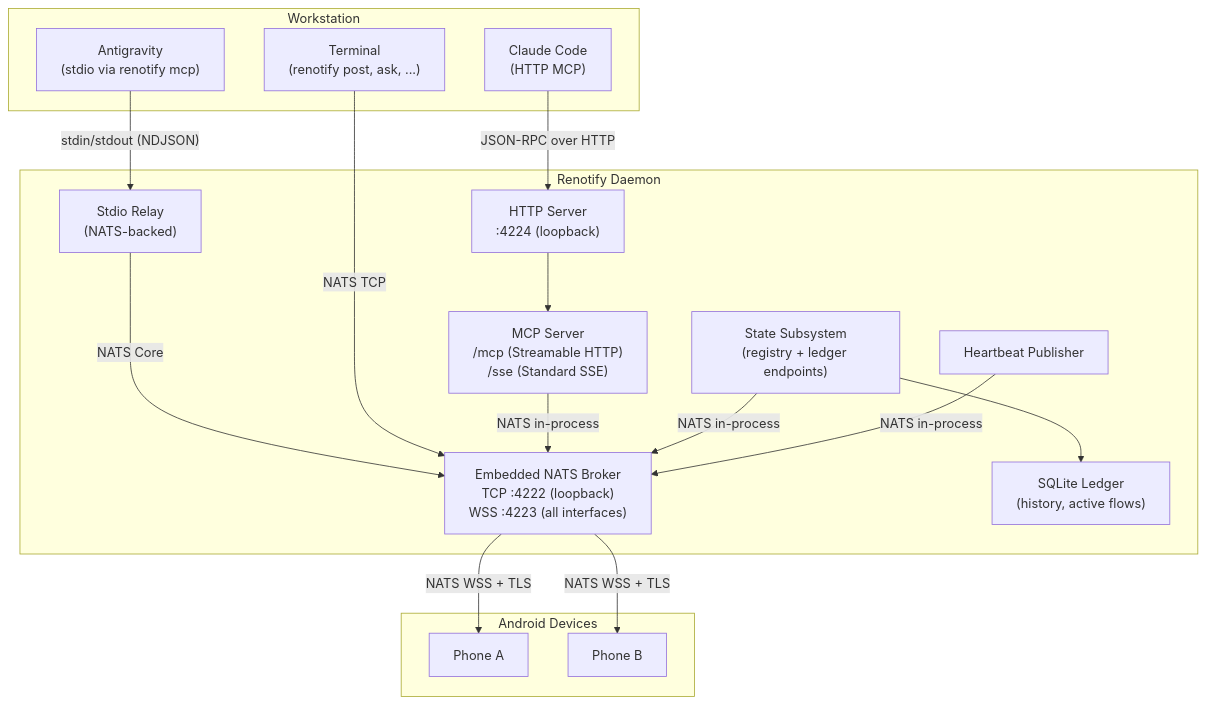
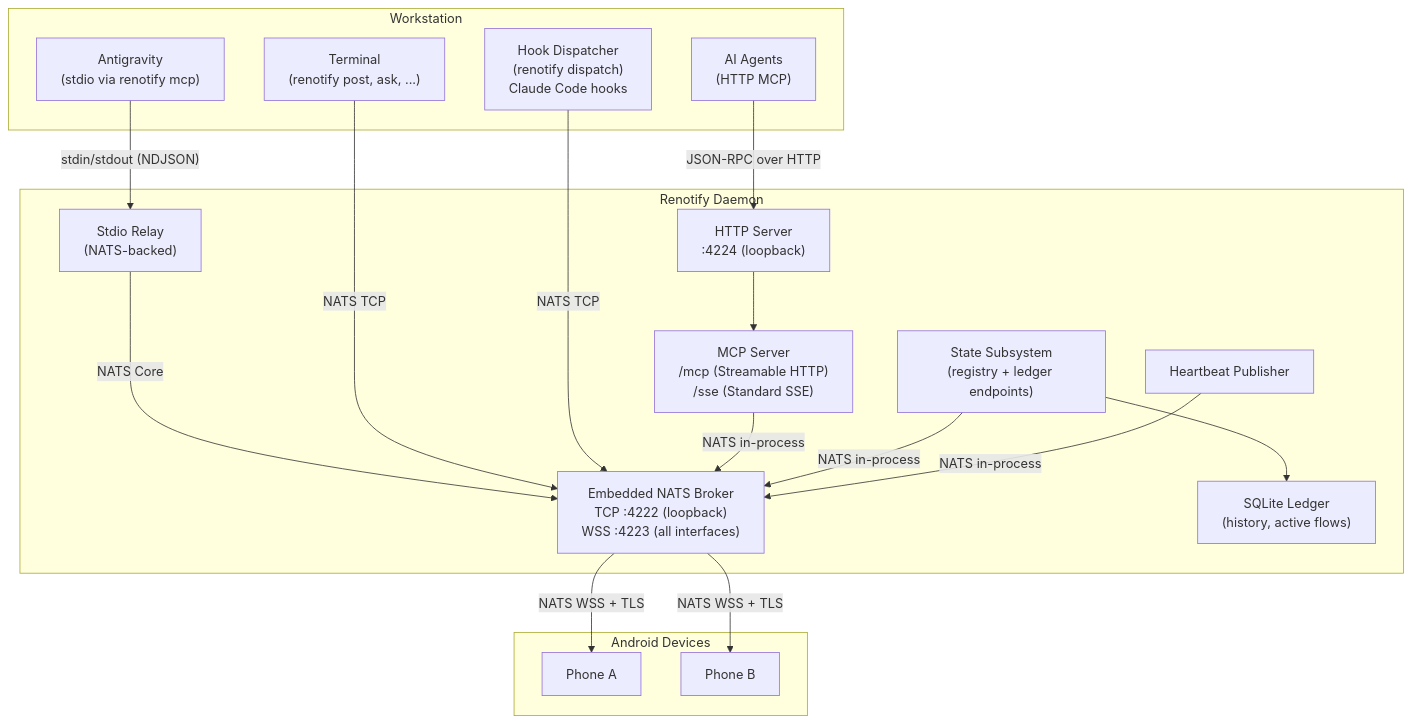
One commit to resystems-io/renotify changed the first of 6 diagrams in docs/renotify-architecture.md. Above: the diagram before and after it, drawn with Mermaid. The commit also changed other lines of this file, not shown here.

First line of the commit message:
docs: add hook dispatcher to architecture diagrams and flows

````diff
--- a/docs/renotify-architecture.md
+++ b/docs/renotify-architecture.md
@@ -88,35 +98,37 @@
 ```mermaid
 graph TB
     subgraph Workstation
-        CC["Claude Code<br/>(HTTP MCP)"]
+        AI["AI Agents<br/>(HTTP MCP)"]
         AG["Antigravity<br/>(stdio via renotify mcp)"]
         Term["Terminal<br/>(renotify post, ask, ...)"]
+        Hook["Hook Dispatcher<br/>(renotify dispatch)<br/>Claude Code hooks"]
     end
 
     subgraph Daemon["Renotify Daemon"]
         HTTP["HTTP Server<br/>:4224 (loopback)"]
         MCP["MCP Server<br/>/mcp (Streamable HTTP)<br/>/sse (Standard SSE)"]
         Stdio["Stdio Relay<br/>(NATS-backed)"]
         Broker["Embedded NATS Broker<br/>TCP :4222 (loopback)<br/>WSS :4223 (all interfaces)"]
         State["State Subsystem<br/>(registry + ledger endpoints)"]
         Ledger["SQLite Ledger<br/>(history, active flows)"]
         HB["Heartbeat Publisher"]
     end
 
     subgraph Mobile["Android Devices"]
         Phone1["Phone A"]
         Phone2["Phone B"]
     end
 
-    CC -->|"JSON-RPC over HTTP"| HTTP
+    AI -->|"JSON-RPC over HTTP"| HTTP
     HTTP --> MCP
     AG -->|"stdin/stdout (NDJSON)"| Stdio
     Stdio -->|"NATS Core"| Broker
     Term -->|"NATS TCP"| Broker
+    Hook -->|"NATS TCP"| Broker
     MCP -->|"NATS in-process"| Broker
     State -->|"NATS in-process"| Broker
     HB -->|"NATS in-process"| Broker
     State --> Ledger
     Broker -->|"NATS WSS + TLS"| Phone1
     Broker -->|"NATS WSS + TLS"| Phone2
 ```
````
